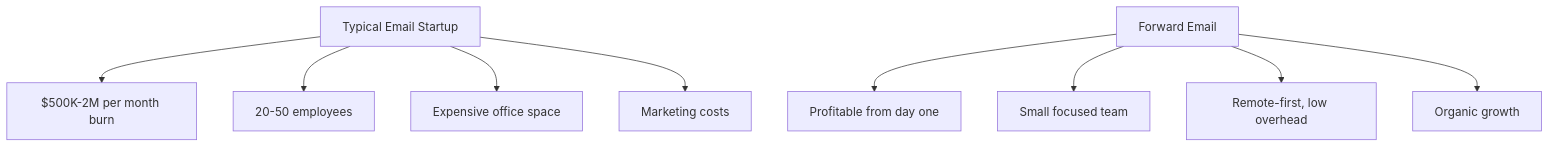
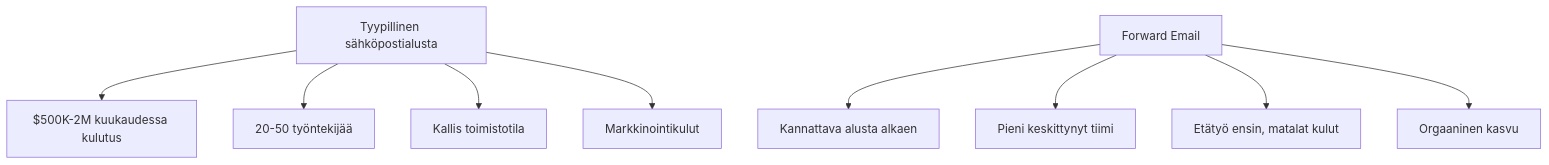
The tenth of 10 diagrams in app/views/docs/email-startup-graveyard-why-80-percent-email-companies-fail/index-fi.md (forwardemail/forwardemail.net), drawn with Mermaid before and after one commit. The commit also changed other lines of this file and 1055 other files, not shown here.

````diff
--- a/app/views/docs/email-startup-graveyard-why-80-percent-email-companies-fail/index-fi.md
+++ b/app/views/docs/email-startup-graveyard-why-80-percent-email-companies-fail/index-fi.md
@@ -706,12 +710,12 @@
 ```mermaid
 graph TD
-    A[Typical Email Startup] --> B[$500K-2M per month burn]
-    A --> C[20-50 employees]
-    A --> D[Expensive office space]
-    A --> E[Marketing costs]
+    A[Tyypillinen sähköpostialusta] --> B[$500K-2M kuukaudessa kulutus]
+    A --> C[20-50 työntekijää]
+    A --> D[Kallis toimistotila]
+    A --> E[Markkinointikulut]
 
-    F[Forward Email] --> G[Profitable from day one]
-    F --> H[Small focused team]
-    F --> I[Remote-first, low overhead]
-    F --> J[Organic growth]
+    F[Forward Email] --> G[Kannattava alusta alkaen]
+    F --> H[Pieni keskittynyt tiimi]
+    F --> I[Etätyö ensin, matalat kulut]
+    F --> J[Orgaaninen kasvu]
 ```
````
